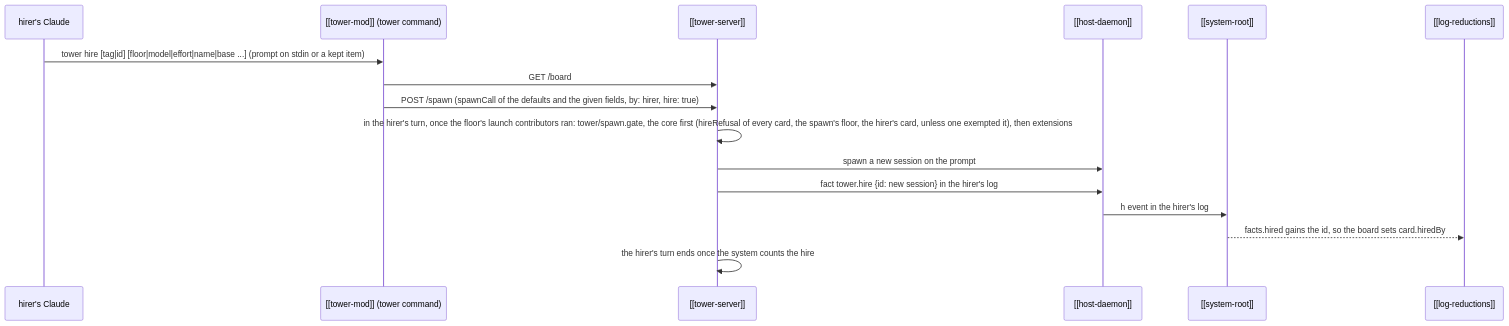
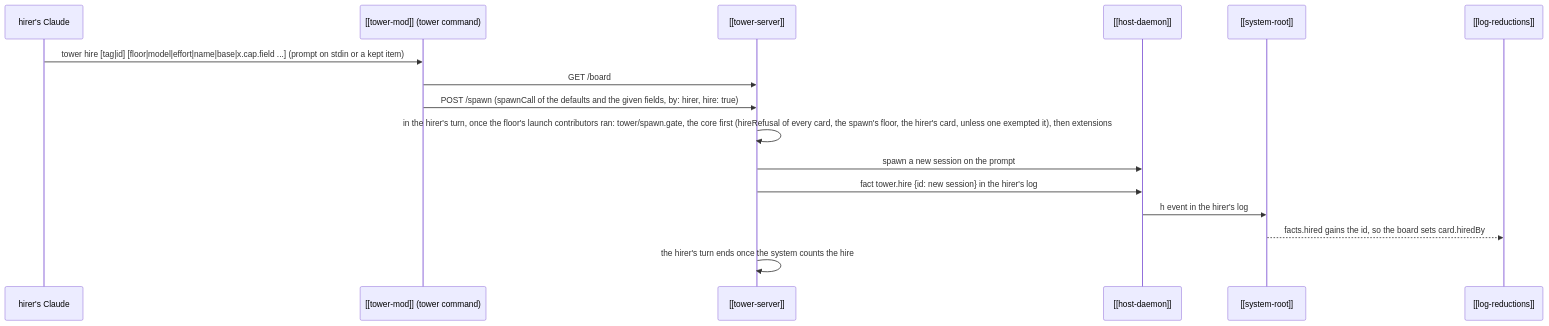
One commit to RegiByte/the-tower changed the diagram in kb/entities/flows/hire.md. Above: the diagram before and after it, drawn with Mermaid. The commit also changed other lines of this file and 6 other files, not shown here.

First line of the commit message:
tower hire sets an extension's spawn fields

````diff
--- a/kb/entities/flows/hire.md
+++ b/kb/entities/flows/hire.md
@@ -12,18 +12,18 @@
 ```mermaid
 sequenceDiagram
   participant W as hirer's Claude
   participant M as [[tower-mod]] (tower command)
   participant T as [[tower-server]]
   participant H as [[host-daemon]]
   participant R as [[system-root]]
   participant F as [[log-reductions]]
-  W->>M: tower hire [tag|id] [floor|model|effort|name|base ...] (prompt on stdin or a kept item)
+  W->>M: tower hire [tag|id] [floor|model|effort|name|base|x.cap.field ...] (prompt on stdin or a kept item)
   M->>T: GET /board
   M->>T: POST /spawn (spawnCall of the defaults and the given fields, by: hirer, hire: true)
   T->>T: in the hirer's turn, once the floor's launch contributors ran: tower/spawn.gate, the core first (hireRefusal of every card, the spawn's floor, the hirer's card, unless one exempted it), then extensions
   T->>H: spawn a new session on the prompt
   T->>H: fact tower.hire {id: new session} in the hirer's log
   H->>R: h event in the hirer's log
   R-->>F: facts.hired gains the id, so the board sets card.hiredBy
   T->>T: the hirer's turn ends once the system counts the hire
 ```
````
